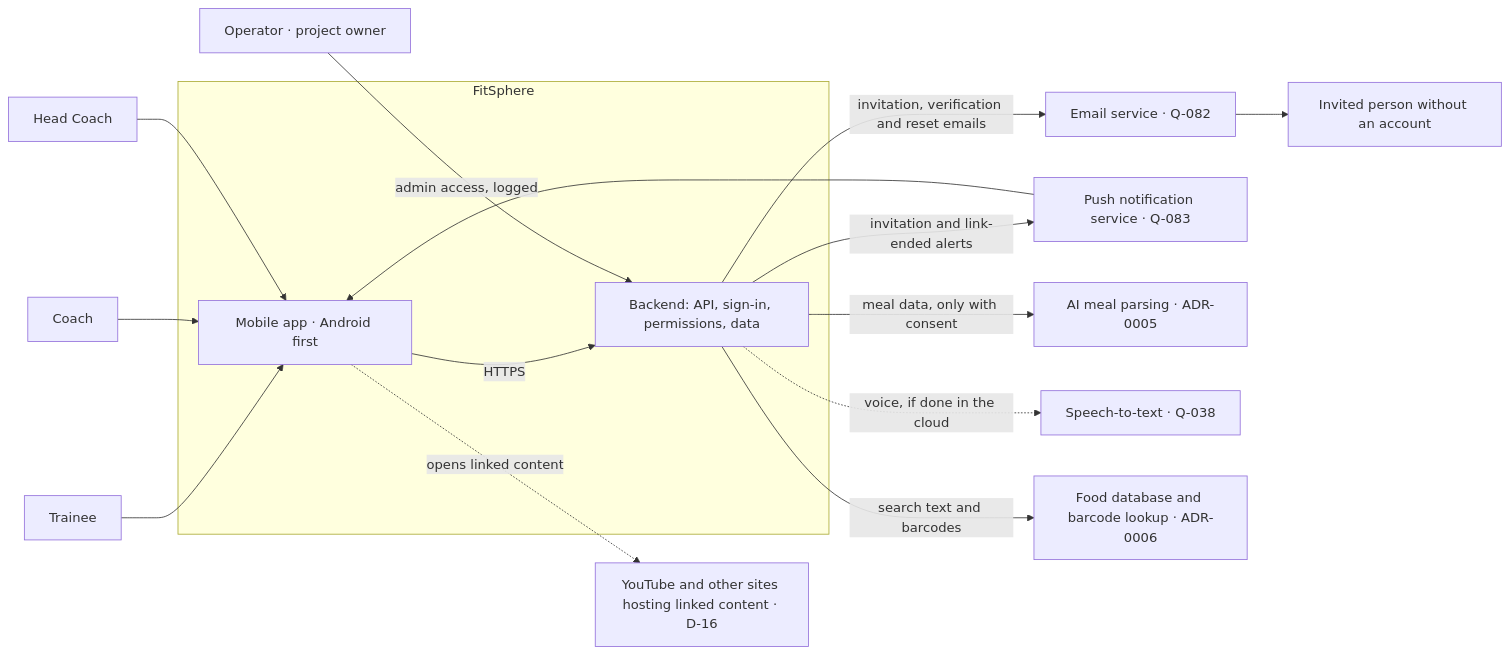
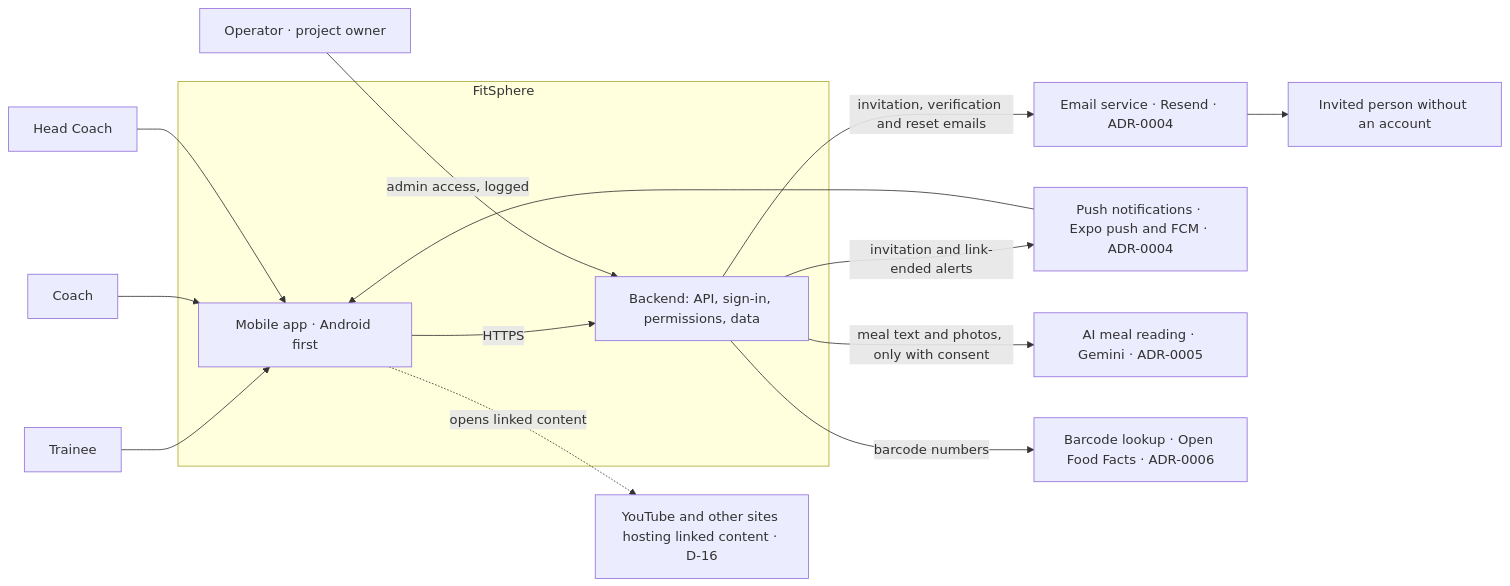
One commit to pradeepKumawatPalara/fitsphere changed the diagram in docs/architecture/system-context.md. Above: the diagram before and after it, drawn with Mermaid. The commit also changed other lines of this file and 19 other files, not shown here.

````diff
--- a/docs/architecture/system-context.md
+++ b/docs/architecture/system-context.md
@@ -36,31 +40,29 @@
 ```mermaid
 flowchart LR
     T[Trainee]
     C[Coach]
     H[Head Coach]
     N[Invited person without an account]
     O[Operator · project owner]
     subgraph FS["FitSphere"]
         APP[Mobile app · Android first]
         BE[Backend: API, sign-in, permissions, data]
     end
-    EMAIL[Email service · Q-082]
-    PUSH[Push notification service · Q-083]
-    AI[AI meal parsing · ADR-0005]
-    STT[Speech-to-text · Q-038]
-    FOOD[Food database and barcode lookup · ADR-0006]
+    EMAIL[Email service · Resend · ADR-0004]
+    PUSH[Push notifications · Expo push and FCM · ADR-0004]
+    AI[AI meal reading · Gemini · ADR-0005]
+    FOOD[Barcode lookup · Open Food Facts · ADR-0006]
     EXT[YouTube and other sites hosting linked content · D-16]
     T --> APP
     C --> APP
     H --> APP
     APP -- HTTPS --> BE
     O -- admin access, logged --> BE
     BE -- invitation, verification and reset emails --> EMAIL
     EMAIL --> N
     BE -- invitation and link-ended alerts --> PUSH
     PUSH --> APP
-    BE -- meal data, only with consent --> AI
-    BE -. voice, if done in the cloud .-> STT
-    BE -- search text and barcodes --> FOOD
+    BE -- meal text and photos, only with consent --> AI
+    BE -- barcode numbers --> FOOD
     APP -. opens linked content .-> EXT
 ```
````
